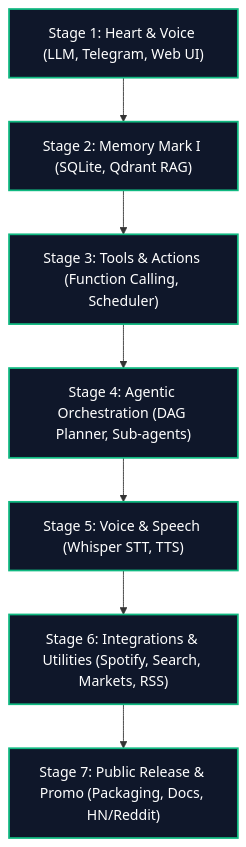
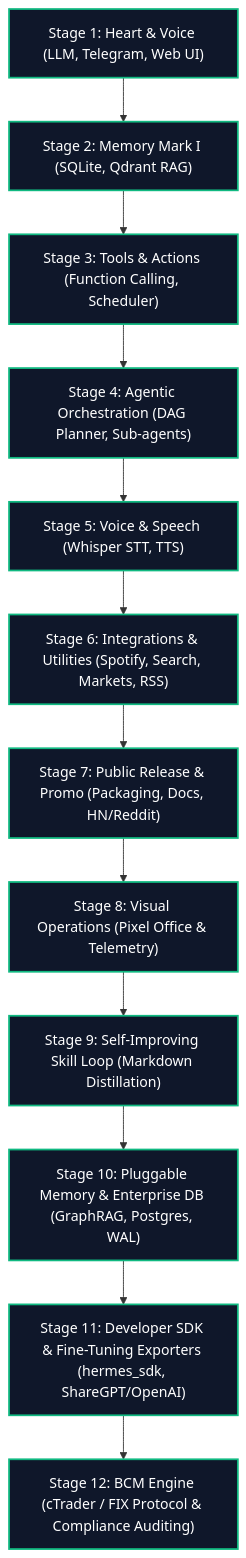
Before and after one commit to pauloberezini/hermes-synapse: the first of 2 diagrams in ROADMAP.md, drawn with Mermaid. The commit also changed other lines of this file and 4 other files, not shown here.

Commit message:
feat(core): update roadmap stages 8-12 and enable pluggable memory skill loop

````diff
--- a/ROADMAP.md
+++ b/ROADMAP.md
@@ -11,17 +11,27 @@
 ```mermaid
 graph TD
     Stage1["Stage 1: Heart & Voice (LLM, Telegram, Web UI)"] --> Stage2["Stage 2: Memory Mark I (SQLite, Qdrant RAG)"]
     Stage2 --> Stage3["Stage 3: Tools & Actions (Function Calling, Scheduler)"]
     Stage3 --> Stage4["Stage 4: Agentic Orchestration (DAG Planner, Sub-agents)"]
     Stage4 --> Stage5["Stage 5: Voice & Speech (Whisper STT, TTS)"]
     Stage5 --> Stage6["Stage 6: Integrations & Utilities (Spotify, Search, Markets, RSS)"]
     Stage6 --> Stage7["Stage 7: Public Release & Promo (Packaging, Docs, HN/Reddit)"]
+    Stage7 --> Stage8["Stage 8: Visual Operations (Pixel Office & Telemetry)"]
+    Stage8 --> Stage9["Stage 9: Self-Improving Skill Loop (Markdown Distillation)"]
+    Stage9 --> Stage10["Stage 10: Pluggable Memory & Enterprise DB (GraphRAG, Postgres, WAL)"]
+    Stage10 --> Stage11["Stage 11: Developer SDK & Fine-Tuning Exporters (hermes_sdk, ShareGPT/OpenAI)"]
+    Stage11 --> Stage12["Stage 12: BCM Engine (cTrader / FIX Protocol & Compliance Auditing)"]
     
     style Stage1 fill:#0f172a,stroke:#10b981,stroke-width:2px,color:#fff
     style Stage2 fill:#0f172a,stroke:#10b981,stroke-width:2px,color:#fff
     style Stage3 fill:#0f172a,stroke:#10b981,stroke-width:2px,color:#fff
     style Stage4 fill:#0f172a,stroke:#10b981,stroke-width:2px,color:#fff
     style Stage5 fill:#0f172a,stroke:#10b981,stroke-width:2px,color:#fff
     style Stage6 fill:#0f172a,stroke:#10b981,stroke-width:2px,color:#fff
     style Stage7 fill:#0f172a,stroke:#10b981,stroke-width:2px,color:#fff
+    style Stage8 fill:#0f172a,stroke:#10b981,stroke-width:2px,color:#fff
+    style Stage9 fill:#0f172a,stroke:#10b981,stroke-width:2px,color:#fff
+    style Stage10 fill:#0f172a,stroke:#10b981,stroke-width:2px,color:#fff
+    style Stage11 fill:#0f172a,stroke:#10b981,stroke-width:2px,color:#fff
+    style Stage12 fill:#0f172a,stroke:#10b981,stroke-width:2px,color:#fff
 ```
````
